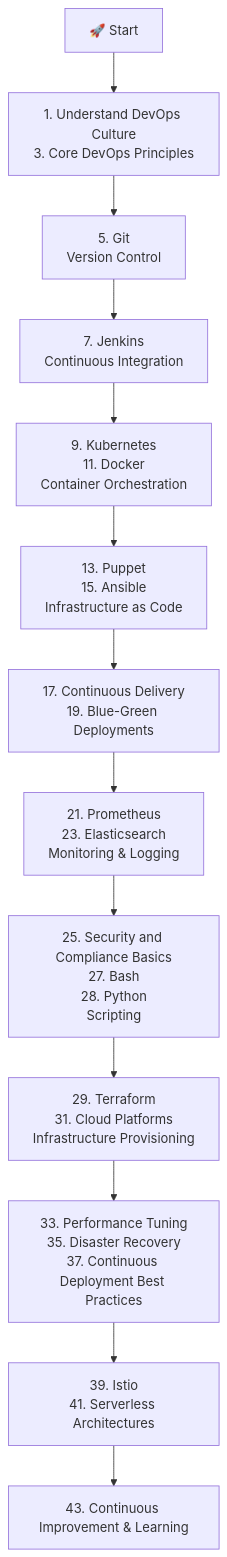
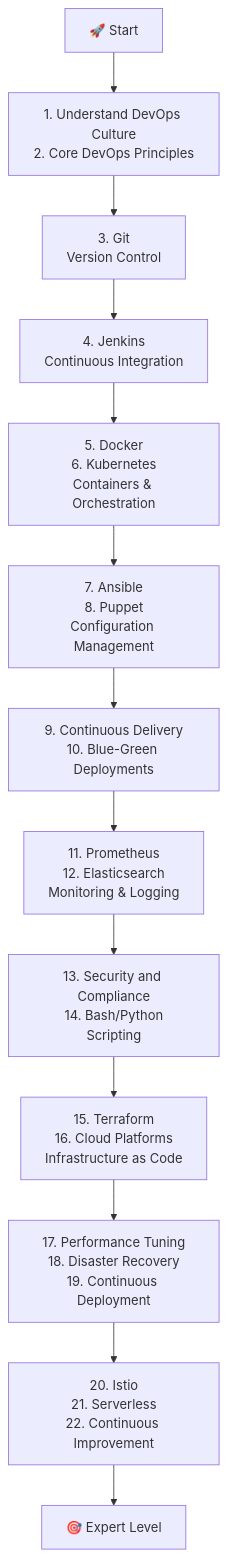
Before and after one commit to boniyeamincse/devops_course_boni: the diagram in README.md, drawn with Mermaid. The commit also changed other lines of this file and 6 other files, not shown here.

Commit message:
Complete DevOps roadmap enhancement: Add course outlines, redesign visual roadmap, and update README

````diff
--- a/README.md
+++ b/README.md
@@ -55,15 +44,15 @@
 ```mermaid
 flowchart TD
-    Start[🚀 Start] --> Culture[1. Understand DevOps Culture<br/>3. Core DevOps Principles]
-    Culture --> VCS[5. Git<br/>Version Control]
-    VCS --> CI[7. Jenkins<br/>Continuous Integration]
-    CI --> Container[9. Kubernetes<br/>11. Docker<br/>Container Orchestration]
-    Container --> IaC[13. Puppet<br/>15. Ansible<br/>Infrastructure as Code]
-    IaC --> CD[17. Continuous Delivery<br/>19. Blue-Green Deployments]
-    CD --> Monitoring[21. Prometheus<br/>23. Elasticsearch<br/>Monitoring & Logging]
-    Monitoring --> Security[25. Security and Compliance Basics<br/>27. Bash<br/>28. Python<br/>Scripting]
-    Security --> Infra[29. Terraform<br/>31. Cloud Platforms<br/>Infrastructure Provisioning]
-    Infra --> Advanced[33. Performance Tuning<br/>35. Disaster Recovery<br/>37. Continuous Deployment Best Practices]
-    Advanced --> Modern[39. Istio<br/>41. Serverless Architectures]
-    Modern --> End[43. Continuous Improvement & Learning]
+    Start[🚀 Start] --> Culture[1. Understand DevOps Culture<br/>2. Core DevOps Principles]
+    Culture --> VCS[3. Git<br/>Version Control]
+    VCS --> CI[4. Jenkins<br/>Continuous Integration]
+    CI --> Container[5. Docker<br/>6. Kubernetes<br/>Containers & Orchestration]
+    Container --> IaC[7. Ansible<br/>8. Puppet<br/>Configuration Management]
+    IaC --> CD[9. Continuous Delivery<br/>10. Blue-Green Deployments]
+    CD --> Monitoring[11. Prometheus<br/>12. Elasticsearch<br/>Monitoring & Logging]
+    Monitoring --> Security[13. Security and Compliance<br/>14. Bash/Python<br/>Scripting]
+    Security --> Infra[15. Terraform<br/>16. Cloud Platforms<br/>Infrastructure as Code]
+    Infra --> Advanced[17. Performance Tuning<br/>18. Disaster Recovery<br/>19. Continuous Deployment]
+    Advanced --> Modern[20. Istio<br/>21. Serverless<br/>22. Continuous Improvement]
+    Modern --> End[🎯 Expert Level]
 ```
````
